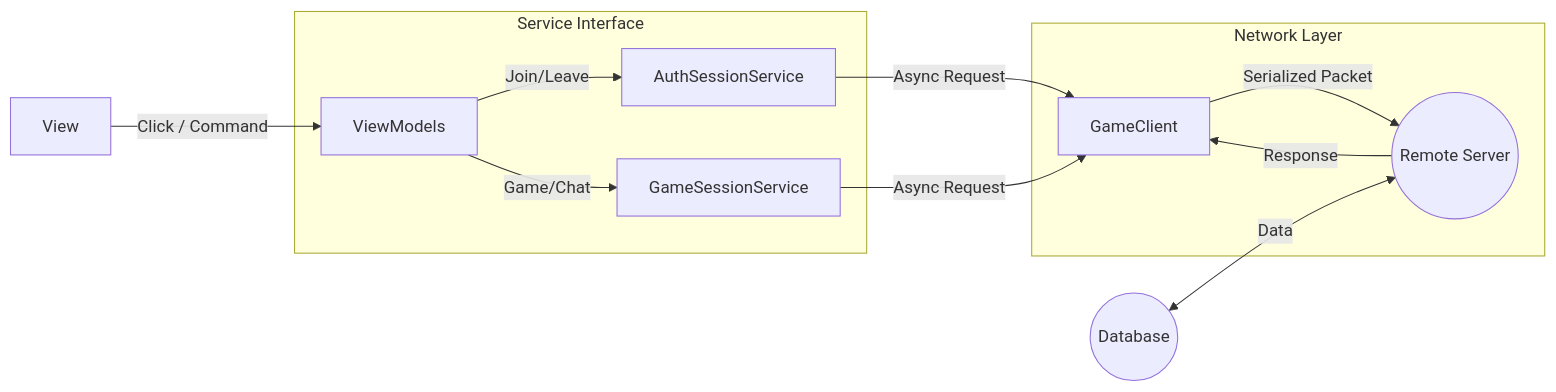
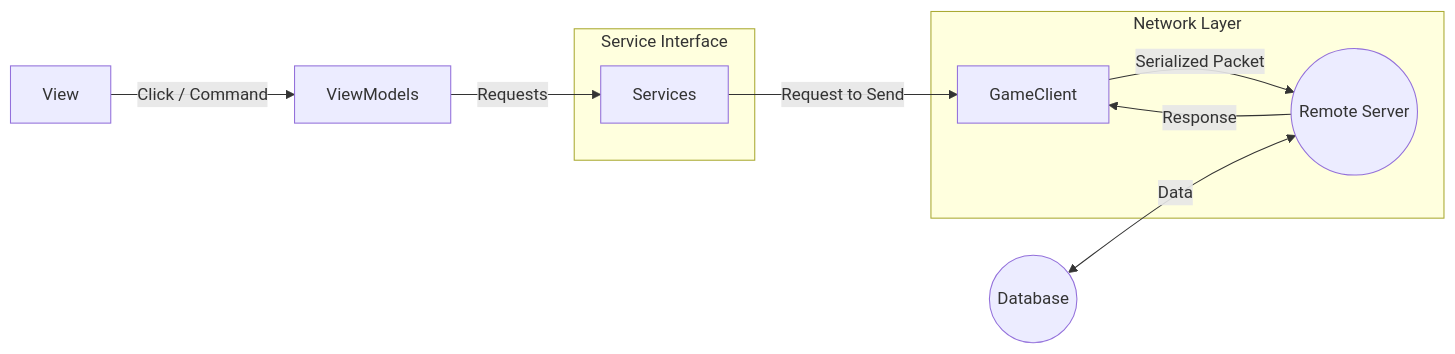
One commit to laoraid/gomoku_wpf changed the second of 2 diagrams in README.md. Above: the diagram before and after it, drawn with Mermaid. The commit also changed other lines of this file and 141 other files, not shown here.

````diff
--- a/README.md
+++ b/README.md
@@ -90,24 +96,24 @@
 ```mermaid
 graph LR
     %% 사용자 입력
     UI[View] -- "Click / Command" --> VM[ViewModels]
     
     %% VM에서 서비스 호출
+    VM -- "Requests" --> Services[Services]
+
     subgraph Interface [Service Interface]
-        VM -- "Join/Leave" --> AuthSvc[AuthSessionService]
-        VM -- "Game/Chat" --> GameSvc[GameSessionService]
+        Services
     end
     
     %% 서비스에서 클라이언트로 전달
-    AuthSvc -- "Async Request" --> Client[GameClient]
-    GameSvc -- "Async Request" --> Client
+    Services -- "Request to Send" --> Client[GameClient]
     
     subgraph Network [Network Layer]
         %% 최종 송신
         Client -- "Serialized Packet" --> Server((Remote Server))
         %% 응답
         Server -- "Response" --> Client
     end
     %% DB 처리
     DB((Database)) -- "Data" <--> Server
 ```
````
